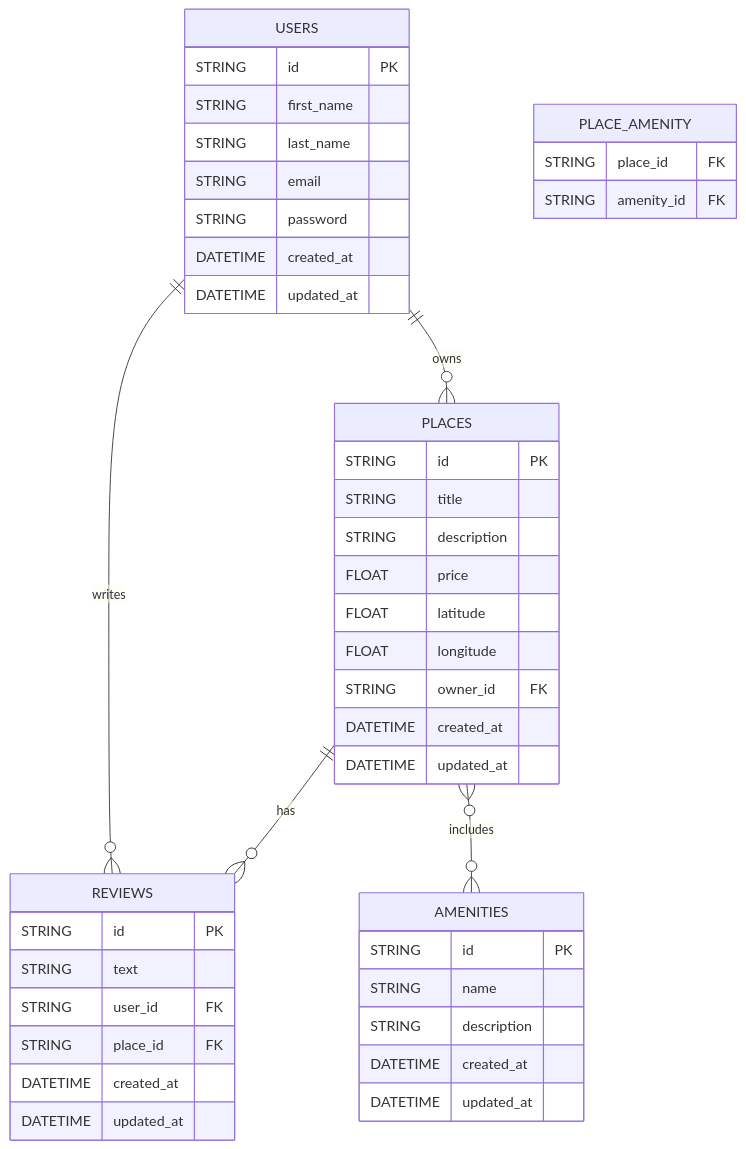
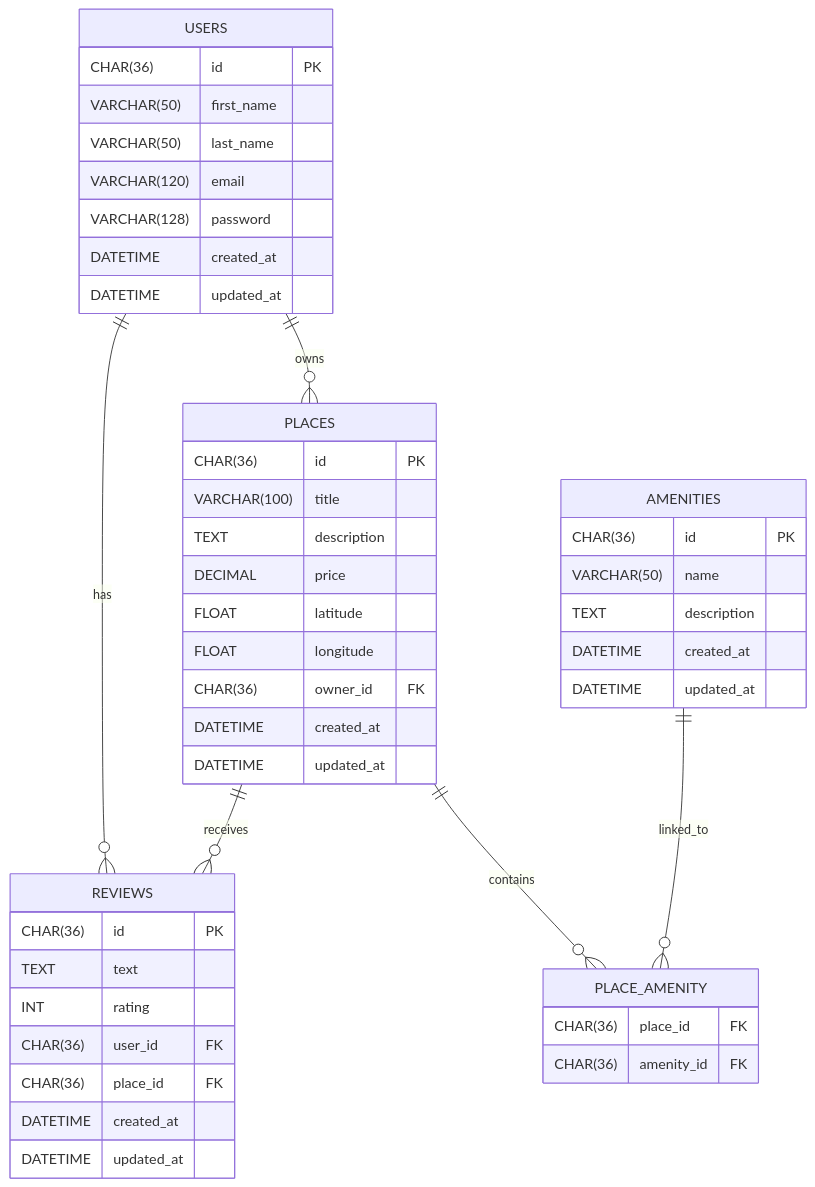
Before and after one commit to d-serigba/holbertonschool-hbnb: the diagram in part3/hbnb_er_diagram.md, drawn with Mermaid.

````diff
--- a/part3/hbnb_er_diagram.md
+++ b/part3/hbnb_er_diagram.md
@@ -1,51 +1,54 @@
 ```mermaid
 erDiagram
+
     USERS {
-        STRING id PK
-        STRING first_name
-        STRING last_name
-        STRING email
-        STRING password
+        CHAR(36) id PK
+        VARCHAR(50) first_name
+        VARCHAR(50) last_name
+        VARCHAR(120) email
+        VARCHAR(128) password
         DATETIME created_at
         DATETIME updated_at
     }
 
     PLACES {
-        STRING id PK
-        STRING title
-        STRING description
-        FLOAT price
+        CHAR(36) id PK
+        VARCHAR(100) title
+        TEXT description
+        DECIMAL price
         FLOAT latitude
         FLOAT longitude
-        STRING owner_id FK
+        CHAR(36) owner_id FK
         DATETIME created_at
         DATETIME updated_at
     }
 
     AMENITIES {
-        STRING id PK
-        STRING name
-        STRING description
+        CHAR(36) id PK
+        VARCHAR(50) name
+        TEXT description
         DATETIME created_at
         DATETIME updated_at
     }
 
     REVIEWS {
-        STRING id PK
-        STRING text
-        STRING user_id FK
-        STRING place_id FK
+        CHAR(36) id PK
+        TEXT text
+        INT rating
+        CHAR(36) user_id FK
+        CHAR(36) place_id FK
         DATETIME created_at
         DATETIME updated_at
     }
 
     PLACE_AMENITY {
-        STRING place_id FK
-        STRING amenity_id FK
+        CHAR(36) place_id FK
+        CHAR(36) amenity_id FK
     }
 
+    USERS ||--o{ REVIEWS : has
     USERS ||--o{ PLACES : owns
-    USERS ||--o{ REVIEWS : writes
-    PLACES ||--o{ REVIEWS : has
-    PLACES }o--o{ AMENITIES : includes
+    PLACES ||--o{ REVIEWS : receives
+    PLACES ||--o{ PLACE_AMENITY : contains
+    AMENITIES ||--o{ PLACE_AMENITY : linked_to
 ```
````
